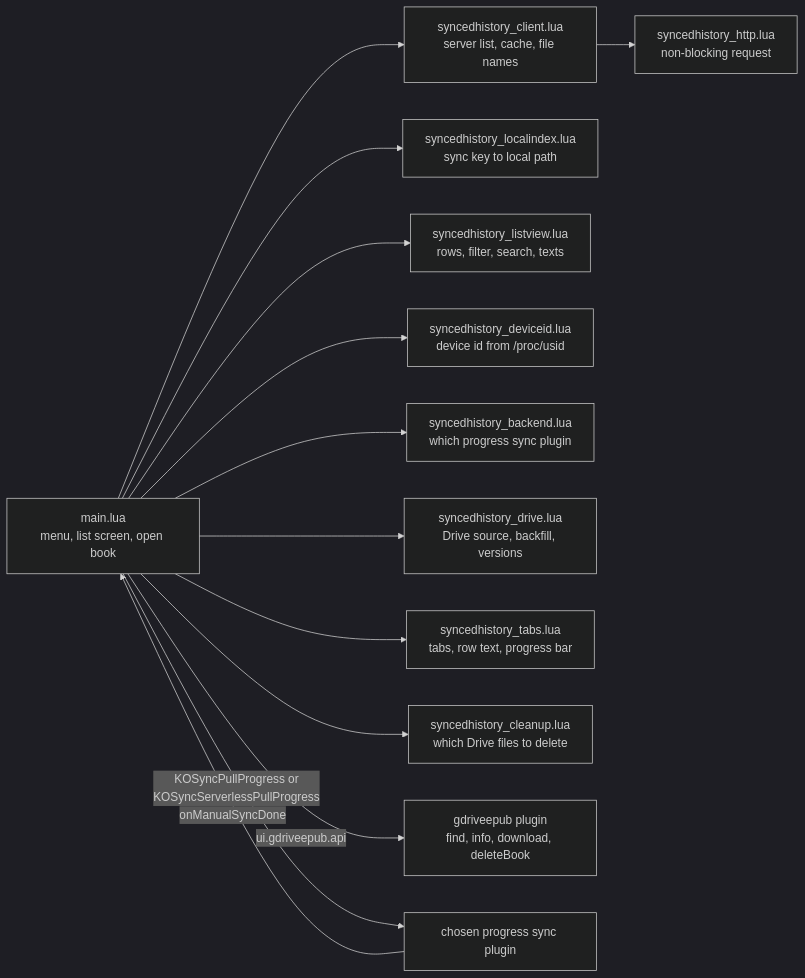
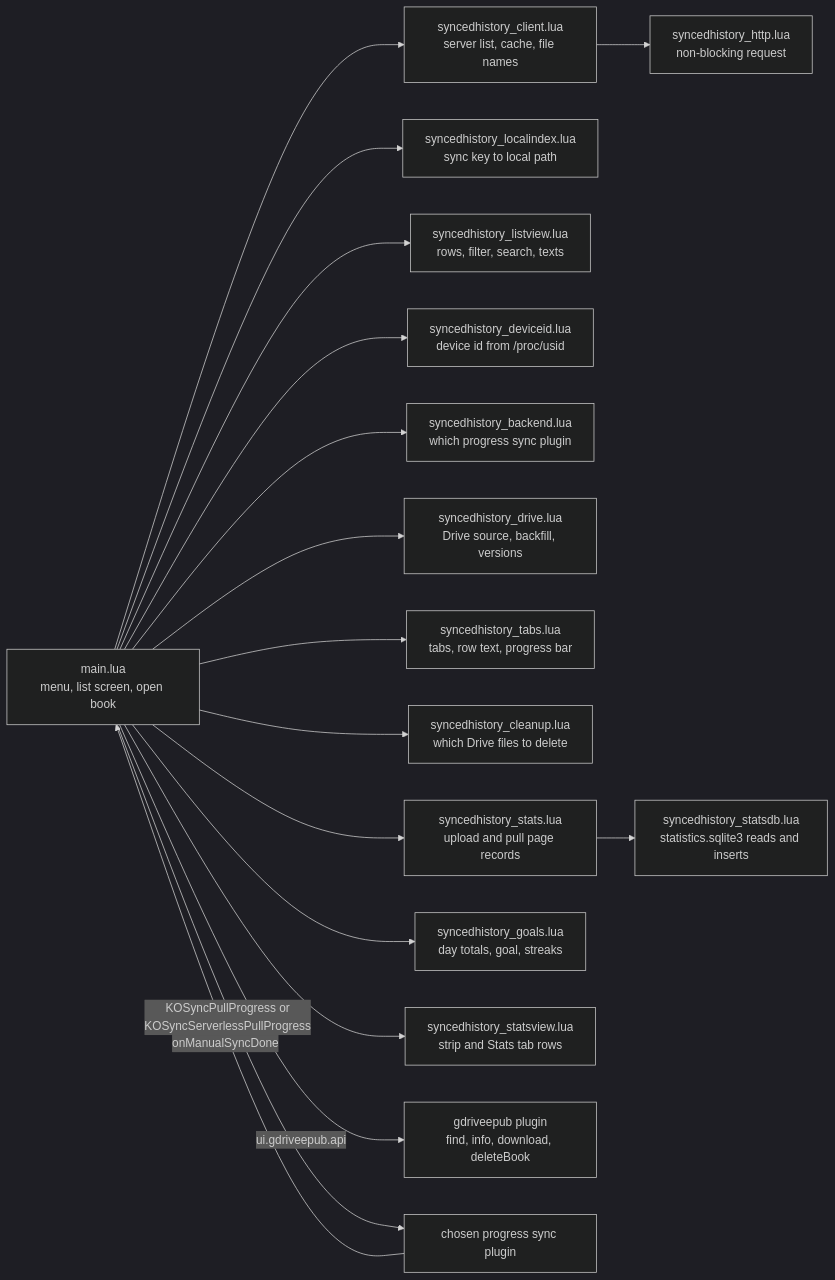
Before and after one commit to luutuankiet/koreader-ppw3: the first of 2 diagrams in docs/architecture/synced-reading-list.md, drawn with Mermaid (dark theme). The commit also changed other lines of this file and 6 other files, not shown here.

````diff
--- a/docs/architecture/synced-reading-list.md
+++ b/docs/architecture/synced-reading-list.md
@@ -11,15 +11,19 @@
 ```mermaid
 flowchart LR
     M[main.lua<br/>menu, list screen, open book] --> C[syncedhistory_client.lua<br/>server list, cache, file names]
     C --> H[syncedhistory_http.lua<br/>non-blocking request]
     M --> I[syncedhistory_localindex.lua<br/>sync key to local path]
     M --> V[syncedhistory_listview.lua<br/>rows, filter, search, texts]
     M --> D[syncedhistory_deviceid.lua<br/>device id from /proc/usid]
     M --> B[syncedhistory_backend.lua<br/>which progress sync plugin]
     M --> G[syncedhistory_drive.lua<br/>Drive source, backfill, versions]
     M --> T[syncedhistory_tabs.lua<br/>tabs, row text, progress bar]
     M --> CL[syncedhistory_cleanup.lua<br/>which Drive files to delete]
+    M --> S[syncedhistory_stats.lua<br/>upload and pull page records]
+    S --> SD[syncedhistory_statsdb.lua<br/>statistics.sqlite3 reads and inserts]
+    M --> GO[syncedhistory_goals.lua<br/>day totals, goal, streaks]
+    M --> SV[syncedhistory_statsview.lua<br/>strip and Stats tab rows]
     M -->|ui.gdriveepub.api| GD[gdriveepub plugin<br/>find, info, download, deleteBook]
     K -->|onManualSyncDone| M
     M -->|KOSyncPullProgress or<br/>KOSyncServerlessPullProgress| K[chosen progress sync plugin]
 ```
````
